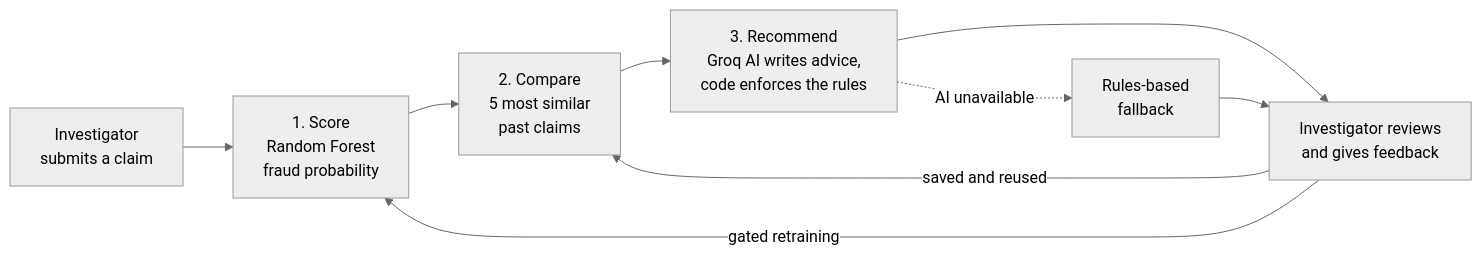
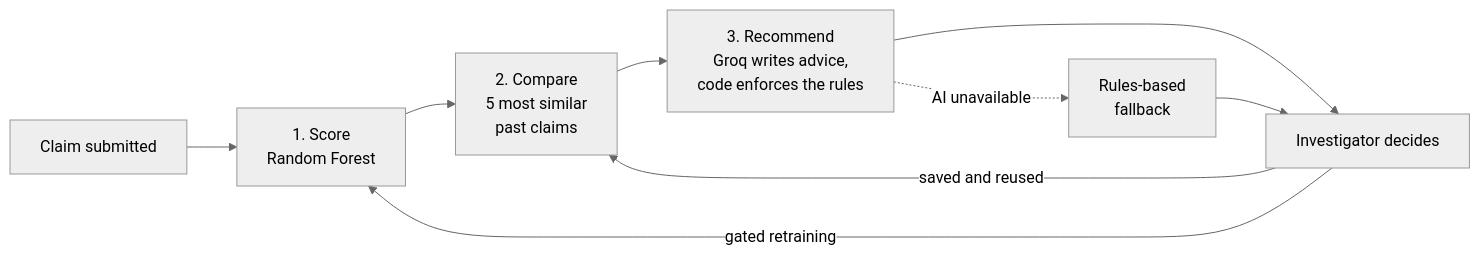
One commit to MUKESH-KUMAR-BOOMINATHAN/multi-agent-insurance-claims-investigation-assistant changed the first of 3 diagrams in README.md. Above: the diagram before and after it, drawn with Mermaid (neutral theme). The commit also changed other lines of this file and 70 other files, not shown here.

````diff
--- a/README.md
+++ b/README.md
@@ -48,11 +64,11 @@
 ```mermaid
 flowchart LR
-    A["Investigator<br/>submits a claim"] --> B["1. Score<br/>Random Forest<br/>fraud probability"]
+    A["Claim submitted"] --> B["1. Score<br/>Random Forest"]
     B --> C["2. Compare<br/>5 most similar<br/>past claims"]
-    C --> D["3. Recommend<br/>Groq AI writes advice,<br/>code enforces the rules"]
-    D --> E["Investigator reviews<br/>and gives feedback"]
+    C --> D["3. Recommend<br/>Groq writes advice,<br/>code enforces the rules"]
+    D --> E["Investigator decides"]
     E -->|"saved and reused"| C
     E -->|"gated retraining"| B
     D -.->|"AI unavailable"| F["Rules-based<br/>fallback"]
     F --> E
 ```
````
